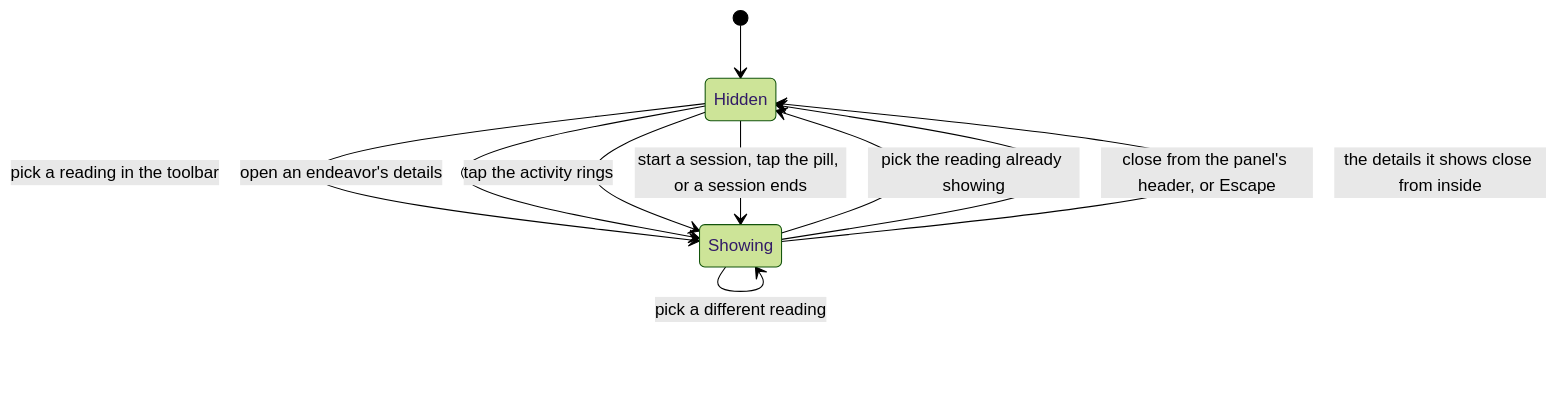
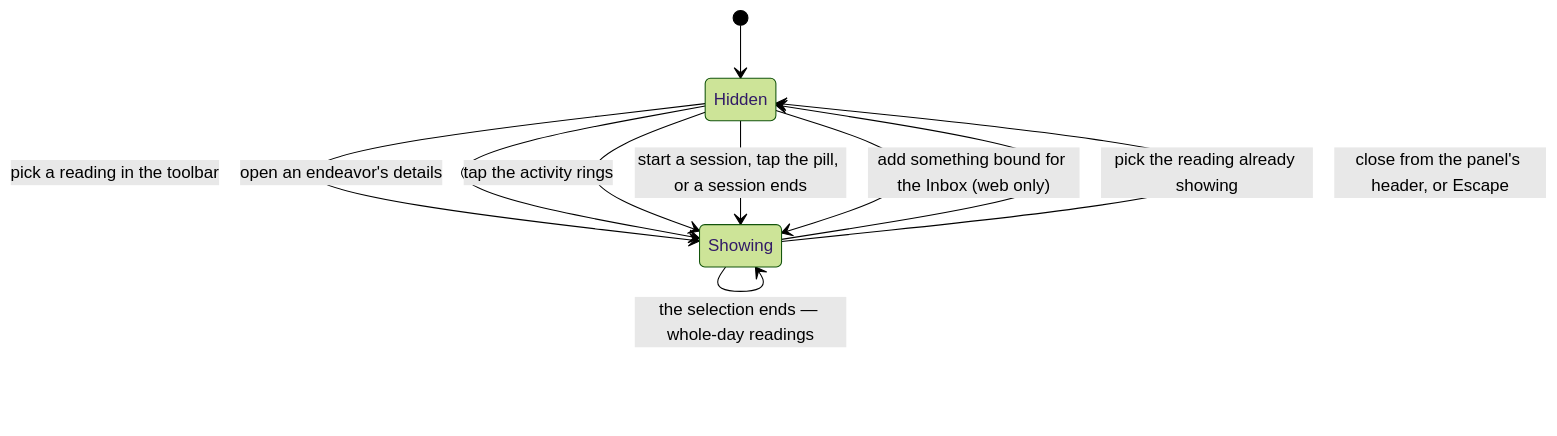
One commit to zheref/kro-pwa changed the first of 2 diagrams in docs/Features/MacDetailPane.md. Above: the diagram before and after it, drawn with Mermaid (forest theme). The commit also changed other lines of this file and 139 other files, not shown here.

````diff
--- a/docs/Features/MacDetailPane.md
+++ b/docs/Features/MacDetailPane.md
@@ -145,12 +164,13 @@
 ```mermaid
 stateDiagram-v2
     [*] --> Hidden
     Hidden --> Showing: pick a reading in the toolbar
     Hidden --> Showing: open an endeavor's details
     Hidden --> Showing: tap the activity rings
     Hidden --> Showing: start a session, tap the pill, or a session ends
+    Hidden --> Showing: add something bound for the Inbox (web only)
     Showing --> Showing: pick a different reading
     Showing --> Hidden: pick the reading already showing
     Showing --> Hidden: close from the panel's header, or Escape
-    Showing --> Hidden: the details it shows close from inside
+    Showing --> Showing: the selection ends — whole-day readings
 ```
````
